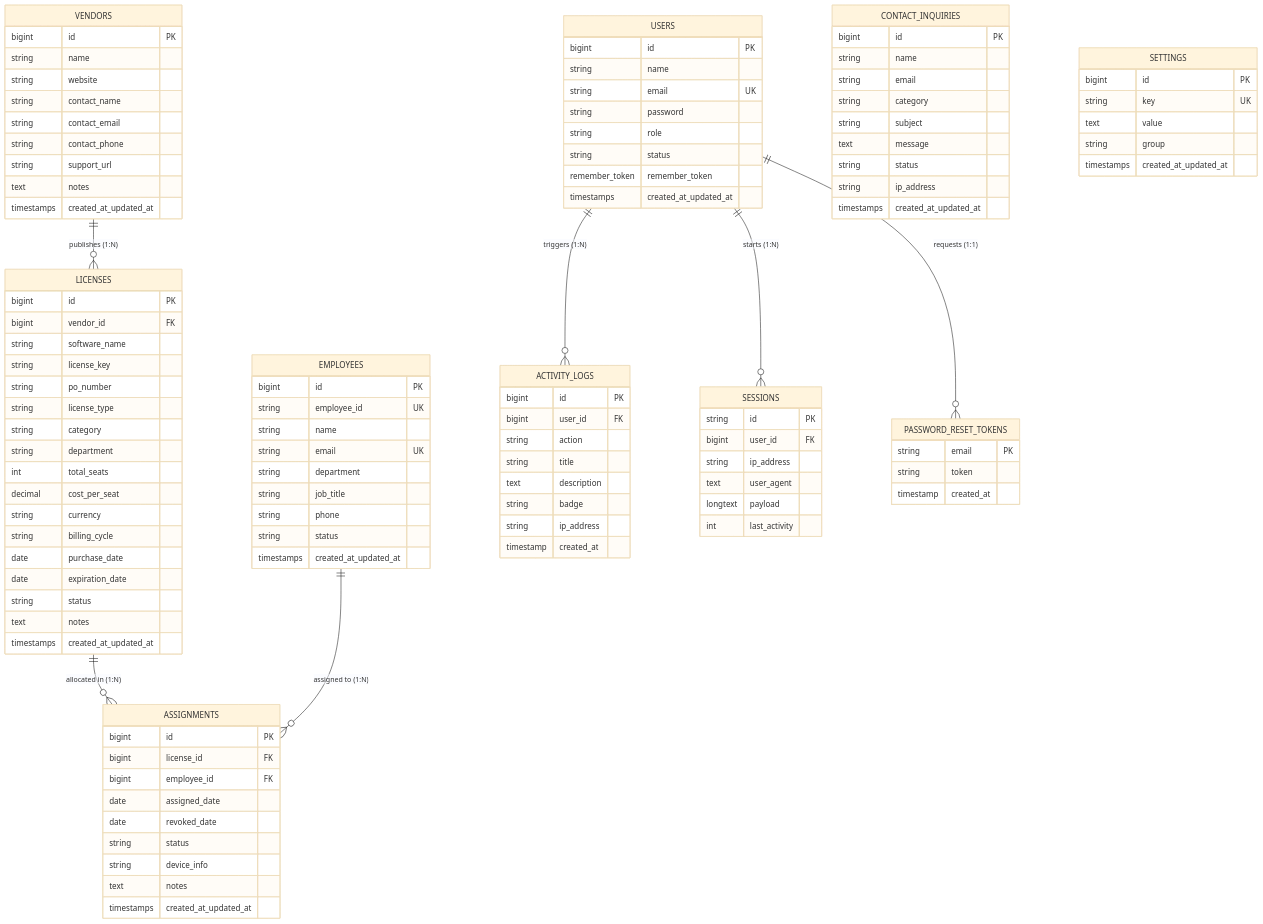
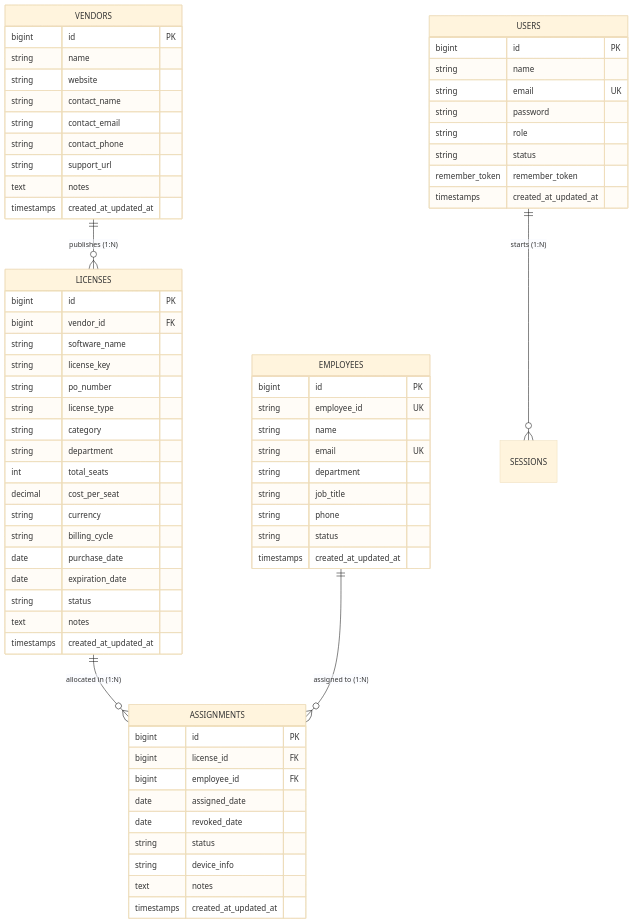
Before and after one commit to brijeshakbari-126302/Online_Licences_management_: the diagram in MILESTONE_1_REPORT.md, drawn with Mermaid (base theme). The commit also changed other lines of this file and 10 other files, not shown here.

````diff
--- a/MILESTONE_1_REPORT.md
+++ b/MILESTONE_1_REPORT.md
@@ -113,9 +79,7 @@
     VENDORS ||--o{ LICENSES : "publishes (1:N)"
     LICENSES ||--o{ ASSIGNMENTS : "allocated in (1:N)"
     EMPLOYEES ||--o{ ASSIGNMENTS : "assigned to (1:N)"
-    USERS ||--o{ ACTIVITY_LOGS : "triggers (1:N)"
     USERS ||--o{ SESSIONS : "starts (1:N)"
-    USERS ||--o{ PASSWORD_RESET_TOKENS : "requests (1:1)"
 
     VENDORS {
         bigint id PK
@@ -183,50 +147,4 @@
         remember_token remember_token
         timestamps created_at_updated_at
     }
-
-    CONTACT_INQUIRIES {
-        bigint id PK
-        string name
-        string email
-        string category
-        string subject
-        text message
-        string status
-        string ip_address
-        timestamps created_at_updated_at
-    }
-
-    SETTINGS {
-        bigint id PK
-        string key UK
-        text value
-        string group
-        timestamps created_at_updated_at
-    }
-
-    ACTIVITY_LOGS {
-        bigint id PK
-        bigint user_id FK
-        string action
-        string title
-        text description
-        string badge
-        string ip_address
-        timestamp created_at
-    }
-
-    PASSWORD_RESET_TOKENS {
-        string email PK
-        string token
-        timestamp created_at
-    }
-
-    SESSIONS {
-        string id PK
-        bigint user_id FK
-        string ip_address
-        text user_agent
-        longtext payload
-        int last_activity
-    }
 ```
````
